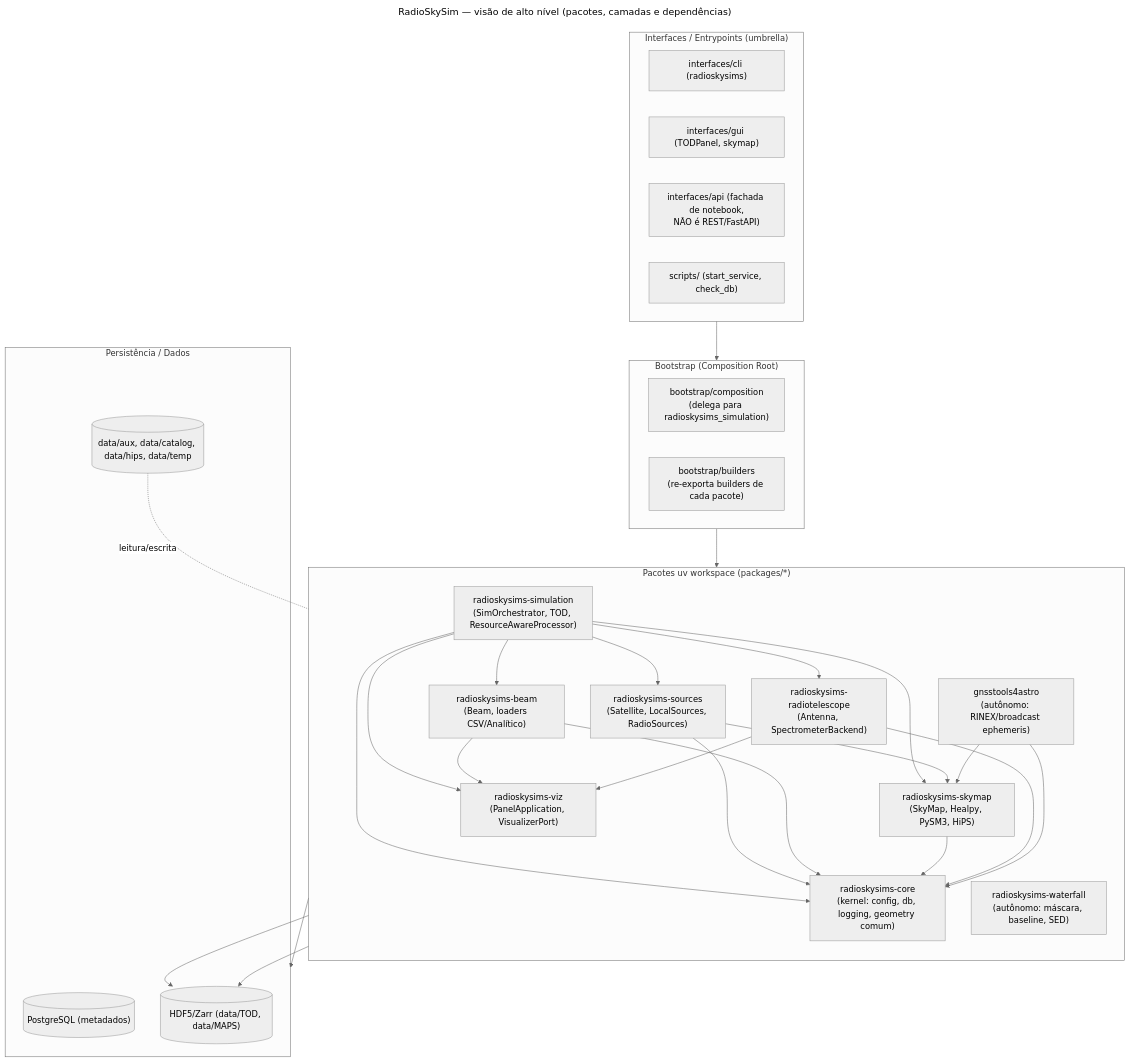
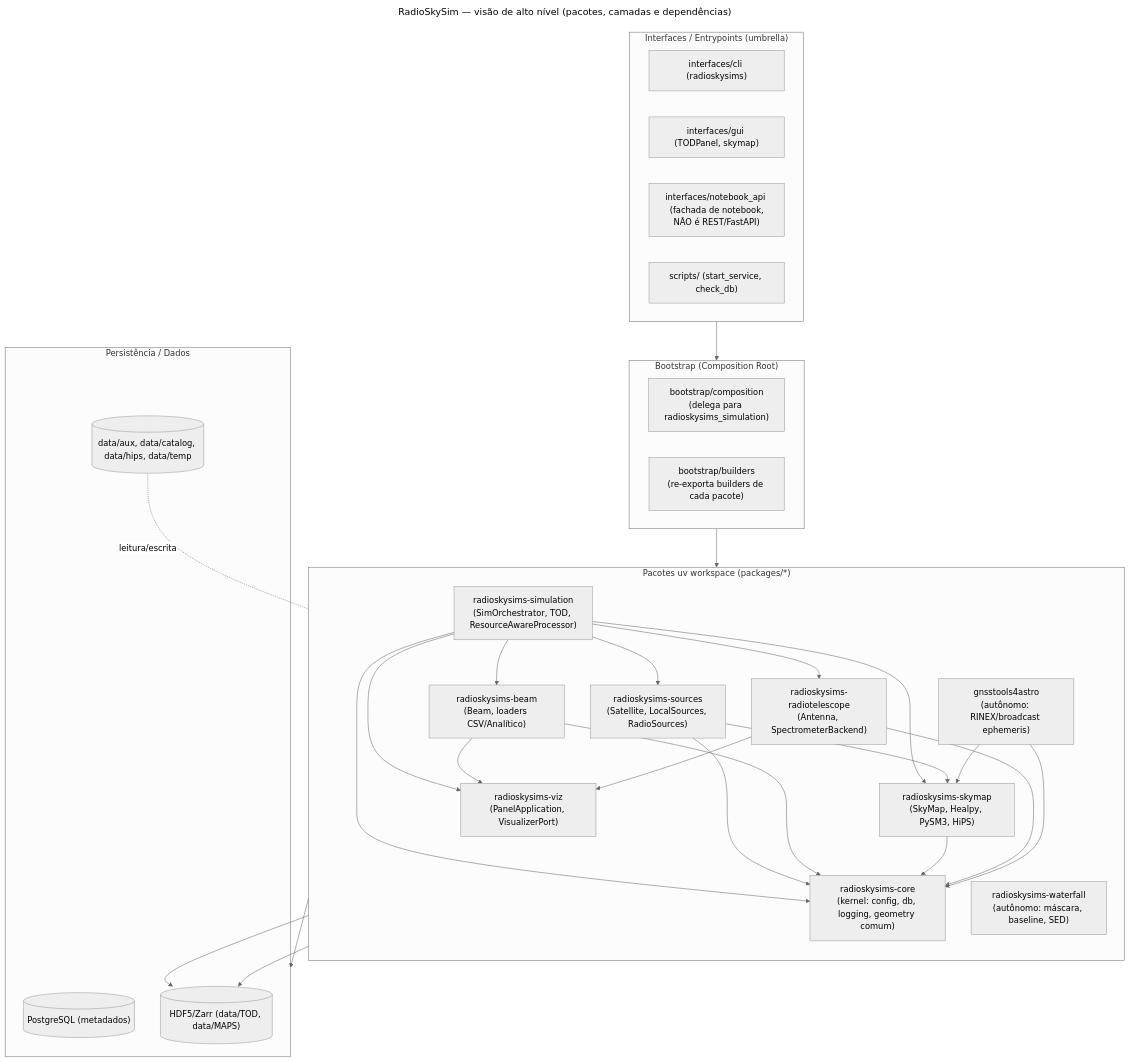
One commit to barosil/RadioSkySimSuite changed the diagram in docs/diagrams/uml_high_level.mmd. Above: the diagram before and after it, drawn with Mermaid (neutral theme). The commit also changed 35 other files, not shown here.

Commit message:
UX Onda 1-2: perfil default de radiotelescópio; CLI sem ruído; entrypoint gui; notebook_api; ExportResult; caminhos na raiz; limpeza docs/audits

```diff
--- a/docs/diagrams/uml_high_level.mmd
+++ b/docs/diagrams/uml_high_level.mmd
@@ -1,60 +1,60 @@
 ---
 title: RadioSkySim — visão de alto nível (pacotes, camadas e dependências)
 ---
 %% UML de alto nível - RadioSkySimSuite (pós-desacoplamento)
 %% Atualizado em: 2026-09-01. Cada subgrafo de pacote segue internamente
 %% a arquitetura hexagonal: interfaces -> application -> domain,
 %% bootstrap monta infrastructure via DI, infrastructure implementa ports.
 flowchart TB
     subgraph ENTRY["Interfaces / Entrypoints (umbrella)"]
         CLI["interfaces/cli (radioskysims)"]
         GUI["interfaces/gui (TODPanel, skymap)"]
-        NBAPI["interfaces/api (fachada de notebook,\nNÃO é REST/FastAPI)"]
+        NBAPI["interfaces/notebook_api (fachada de notebook,\nNÃO é REST/FastAPI)"]
         SCRIPTS["scripts/ (start_service, check_db)"]
     end
 
     subgraph BOOT["Bootstrap (Composition Root)"]
         COMP["bootstrap/composition\n(delega para radioskysims_simulation)"]
         BUILD["bootstrap/builders\n(re-exporta builders de cada pacote)"]
     end
 
     subgraph PKGS["Pacotes uv workspace (packages/*)"]
         direction TB
         CORE["radioskysims-core\n(kernel: config, db, logging, geometry comum)"]
         VIZ["radioskysims-viz\n(PanelApplication, VisualizerPort)"]
         BEAM["radioskysims-beam\n(Beam, loaders CSV/Analítico)"]
         SKYMAP["radioskysims-skymap\n(SkyMap, Healpy, PySM3, HiPS)"]
         RT["radioskysims-radiotelescope\n(Antenna, SpectrometerBackend)"]
         SOURCES["radioskysims-sources\n(Satellite, LocalSources, RadioSources)"]
         SIMULATION["radioskysims-simulation\n(SimOrchestrator, TOD, ResourceAwareProcessor)"]
         WATERFALL["radioskysims-waterfall\n(autônomo: máscara, baseline, SED)"]
         GNSS["gnsstools4astro\n(autônomo: RINEX/broadcast ephemeris)"]
     end
 
     subgraph DATASTORE["Persistência / Dados"]
         PG[("PostgreSQL (metadados)")]
         FILES[("HDF5/Zarr (data/TOD, data/MAPS)")]
         AUX[("data/aux, data/catalog, data/hips, data/temp")]
     end
 
     ENTRY --> BOOT
     BOOT --> PKGS
     SIMULATION --> BEAM
     SIMULATION --> SKYMAP
     SIMULATION --> SOURCES
     SIMULATION --> RT
     SIMULATION --> CORE
     SIMULATION --> VIZ
     SOURCES --> SKYMAP
     SOURCES --> CORE
     BEAM --> CORE
     BEAM --> VIZ
     SKYMAP --> CORE
     RT --> CORE
     RT --> VIZ
     GNSS --> CORE
     GNSS --> SKYMAP
     CORE --> DATASTORE
     SIMULATION --> FILES
     SKYMAP --> FILES
     AUX -. "leitura/escrita" .- CORE
```
